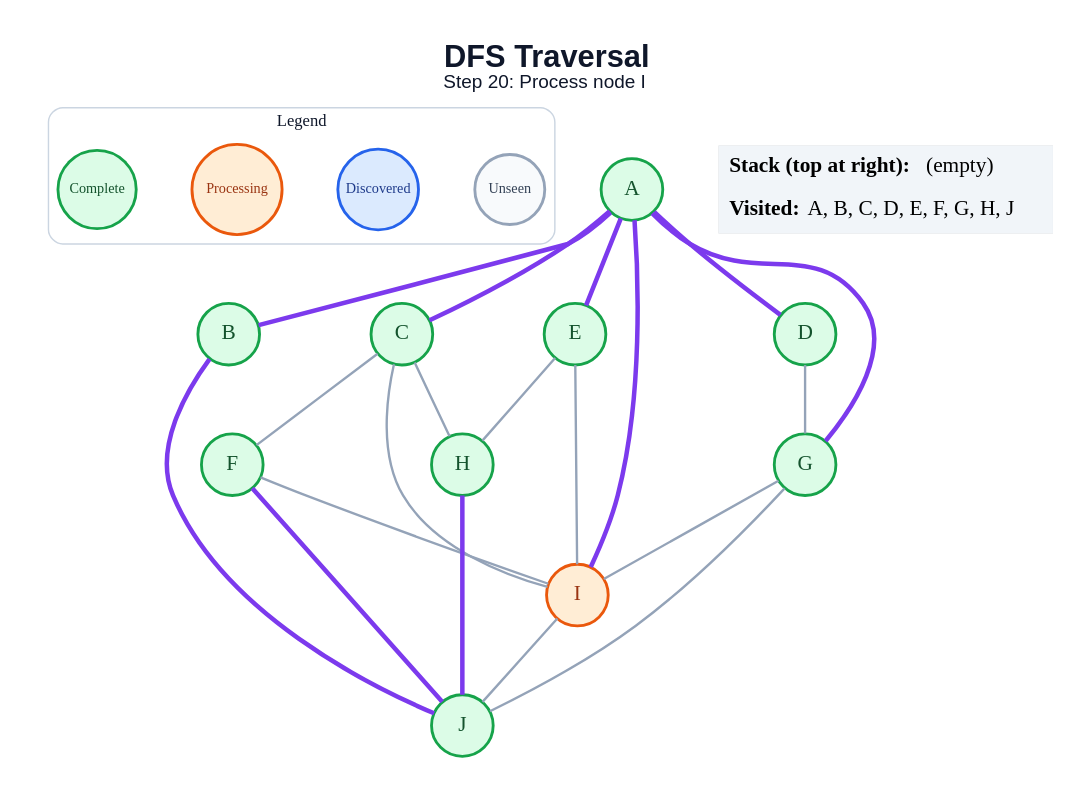
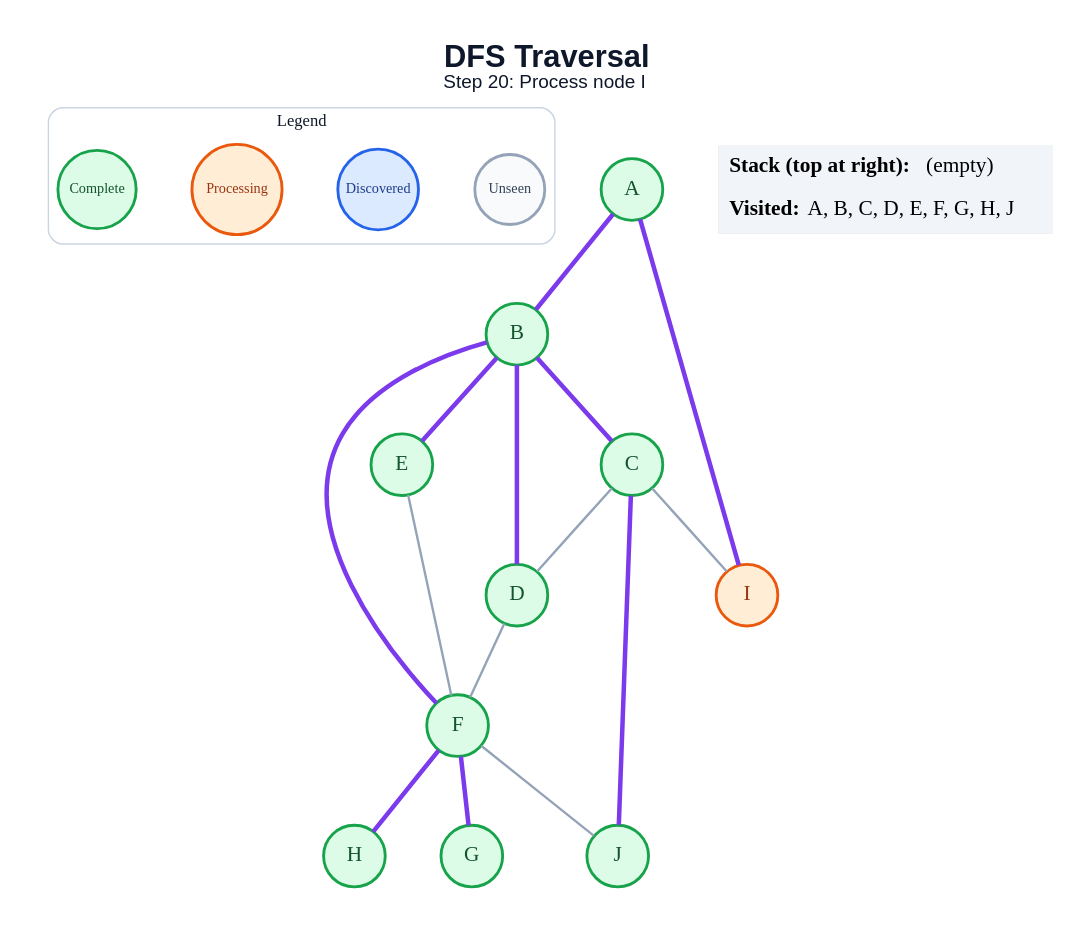
The diagram in generated/dfs/step_20.dot (anon7238593-create/ai-slop), drawn with Graphviz before and after one commit. The commit also changed 178 other files, not shown here.

```diff
--- a/generated/dfs/step_20.dot
+++ b/generated/dfs/step_20.dot
@@ -1,48 +1,43 @@
 graph traversal {
   graph [layout=dot, rankdir=TB, bgcolor="#FFFFFF", pad="0.35", nodesep="0.65", ranksep="0.8", fontname="Arial"];
   node [shape=circle, style="filled", fontname="Arial Bold", fontsize=18, width=0.72, fixedsize=true, penwidth=2.4];
   edge [color="#94A3B8", penwidth=2.0];
   label=<<B>DFS Traversal</B><BR/><FONT POINT-SIZE="16">Step 20: Process node I</FONT>>; labelloc="t"; fontsize=26; fontname="Arial"; fontcolor="#0F172A";
   subgraph cluster_legend { label="Legend"; color="#CBD5E1"; penwidth=1.2; style="rounded"; fontsize=14; fontname="Arial Bold";
     key_unseen [label="Unseen", fillcolor="#F8FAFC", color="#94A3B8", fontcolor="#334155", fontsize=12, width=0.82];
     key_frontier [label="Discovered", fillcolor="#DBEAFE", color="#2563EB", fontcolor="#1E3A8A", fontsize=12, width=0.95];
     key_current [label="Processing", fillcolor="#FFEDD5", color="#EA580C", fontcolor="#9A3412", fontsize=12, width=1.05];
     key_done [label="Complete", fillcolor="#DCFCE7", color="#16A34A", fontcolor="#14532D", fontsize=12, width=0.92];
     { rank=same; key_unseen; key_frontier; key_current; key_done; }
   }
   A [fillcolor="#DCFCE7", color="#16A34A", fontcolor="#14532D"];
   B [fillcolor="#DCFCE7", color="#16A34A", fontcolor="#14532D"];
   C [fillcolor="#DCFCE7", color="#16A34A", fontcolor="#14532D"];
   D [fillcolor="#DCFCE7", color="#16A34A", fontcolor="#14532D"];
   E [fillcolor="#DCFCE7", color="#16A34A", fontcolor="#14532D"];
   F [fillcolor="#DCFCE7", color="#16A34A", fontcolor="#14532D"];
   G [fillcolor="#DCFCE7", color="#16A34A", fontcolor="#14532D"];
   H [fillcolor="#DCFCE7", color="#16A34A", fontcolor="#14532D"];
   I [fillcolor="#FFEDD5", color="#EA580C", fontcolor="#9A3412"];
   J [fillcolor="#DCFCE7", color="#16A34A", fontcolor="#14532D"];
   A -- B [color="#7C3AED", penwidth=3.8];
-  A -- C [color="#7C3AED", penwidth=3.8];
-  A -- D [color="#7C3AED", penwidth=3.8];
-  A -- E [color="#7C3AED", penwidth=3.8];
-  A -- G [color="#7C3AED", penwidth=3.8];
   A -- I [color="#7C3AED", penwidth=3.8];
-  B -- J [color="#7C3AED", penwidth=3.8];
-  C -- F;
-  C -- H;
+  B -- C [color="#7C3AED", penwidth=3.8];
+  B -- D [color="#7C3AED", penwidth=3.8];
+  B -- E [color="#7C3AED", penwidth=3.8];
+  B -- F [color="#7C3AED", penwidth=3.8];
+  C -- D;
   C -- I;
-  D -- G;
-  E -- H;
-  E -- I;
-  F -- I;
-  F -- J [color="#7C3AED", penwidth=3.8];
-  G -- I;
-  G -- J;
-  H -- J [color="#7C3AED", penwidth=3.8];
-  I -- J;
+  C -- J [color="#7C3AED", penwidth=3.8];
+  D -- F;
+  E -- F;
+  F -- G [color="#7C3AED", penwidth=3.8];
+  F -- H [color="#7C3AED", penwidth=3.8];
+  F -- J;
   status [shape=plain, fixedsize=false, width=0, height=0, margin=0, label=<
     <TABLE BORDER="0" CELLBORDER="0" CELLPADDING="7" BGCOLOR="#F1F5F9">
       <TR><TD ALIGN="LEFT"><B>Stack (top at right):</B> (empty)</TD></TR>
       <TR><TD ALIGN="LEFT"><B>Visited:</B> A, B, C, D, E, F, G, H, J</TD></TR>
     </TABLE>
   >];
 }
```
